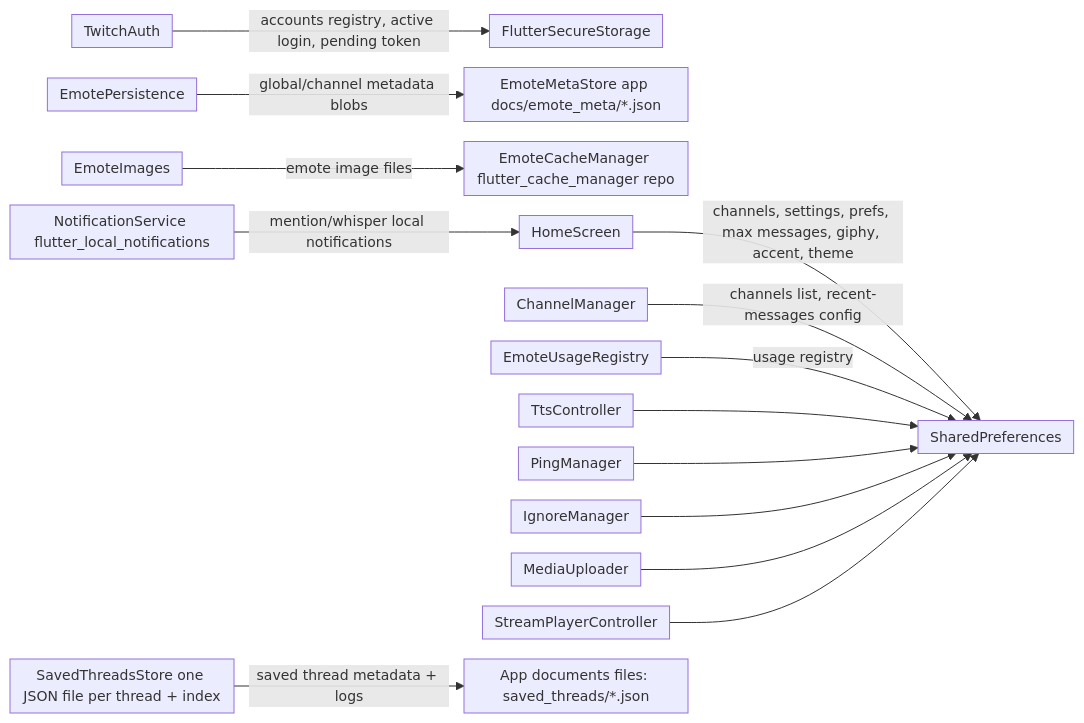
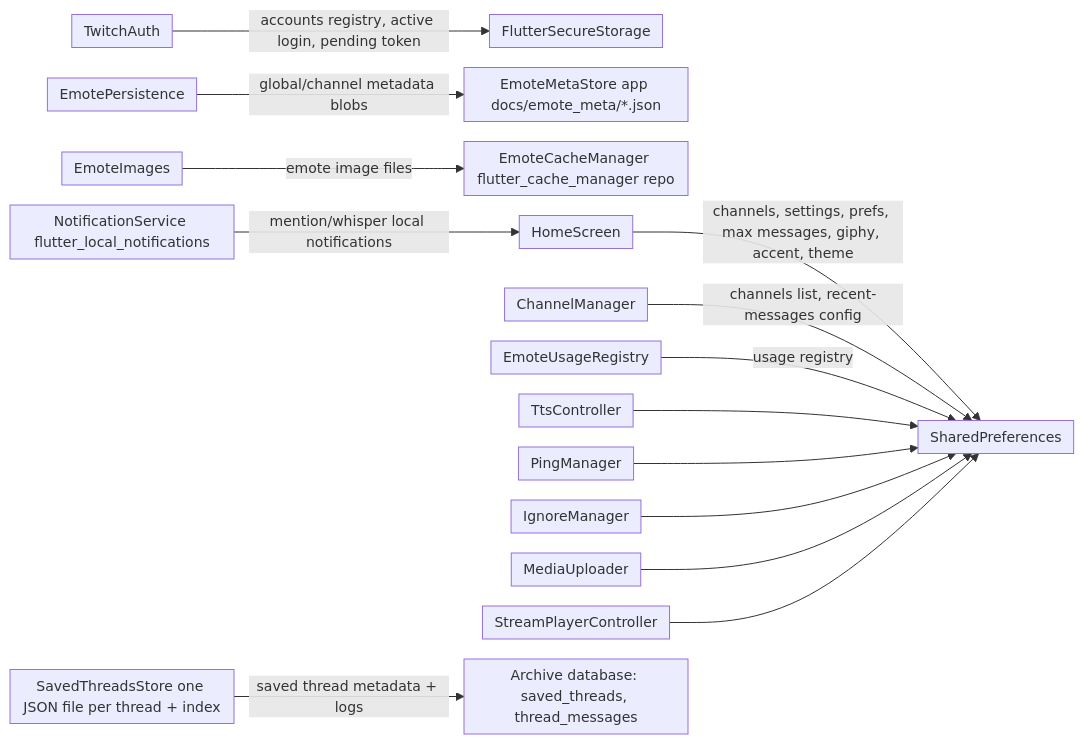
One commit to banan-guh/ErmChat changed the eighth of 8 diagrams in docs/ARCHITECTURE.md. Above: the diagram before and after it, drawn with Mermaid. The commit also changed other lines of this file and 7 other files, not shown here.

Commit message:
feat: saved threads in sqlite

````diff
--- a/docs/ARCHITECTURE.md
+++ b/docs/ARCHITECTURE.md
@@ -312,24 +312,24 @@
 ```mermaid
 %%{init: {"flowchart": {"useMaxWidth": true, "nodeSpacing": 20, "rankSpacing": 30, "padding": 6}, "themeVariables": {"fontSize": "14px"}}}%%
 flowchart LR
   prefs["SharedPreferences"]
   secure["FlutterSecureStorage"]
   meta["EmoteMetaStore app docs/emote_meta/*.json"]
   threads["SavedThreadsStore one JSON file per thread + index"]
   cache["EmoteCacheManager flutter_cache_manager repo"]
   notif["NotificationService flutter_local_notifications"]
 
   home["HomeScreen"] -->|channels, settings, prefs, max messages, giphy, accent, theme| prefs
   channelmgr["ChannelManager"] -->|channels list, recent-messages config| prefs
   auth["TwitchAuth"] -->|accounts registry, active login, pending token| secure
   usage["EmoteUsageRegistry"] -->|usage registry| prefs
   persist["EmotePersistence"] -->|global/channel metadata blobs| meta
   images["EmoteImages"] -->|emote image files| cache
   tts["TtsController"] --> prefs
   ping["PingManager"] --> prefs
   ignore["IgnoreManager"] --> prefs
   uploader["MediaUploader"] --> prefs
   stream["StreamPlayerController"] --> prefs
-  threads -->|saved thread metadata + logs| appfiles["App documents files: saved_threads/*.json"]
+  threads -->|saved thread metadata + logs| appfiles["Archive database: saved_threads, thread_messages"]
   notif -->|mention/whisper local notifications| home
 ```
````
